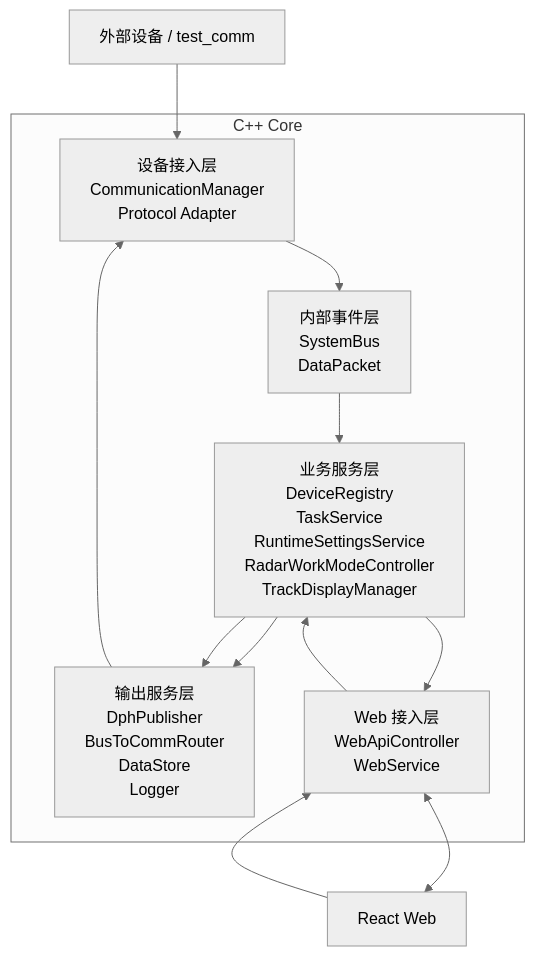
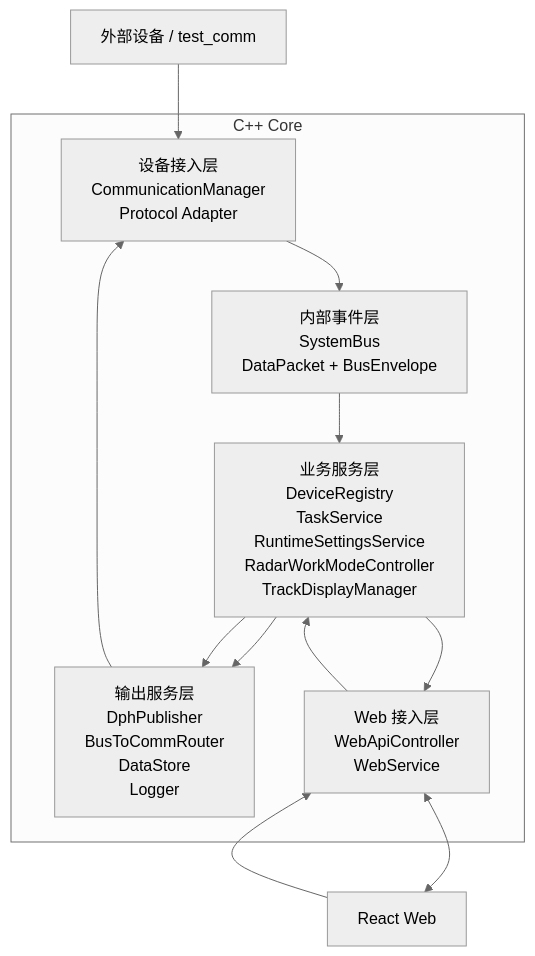
The diagram in doc/architecture/02-应用架构.md (YoungL524/newAnti_arch), drawn with Mermaid (neutral theme) before and after one commit. The commit also changed other lines of this file and 5 other files, not shown here.

````diff
--- a/doc/architecture/02-应用架构.md
+++ b/doc/architecture/02-应用架构.md
@@ -8,27 +8,27 @@
 ```mermaid
 flowchart TB
     Devices["外部设备 / test_comm"]
 
     subgraph Core["C++ Core"]
         Access["设备接入层\nCommunicationManager\nProtocol Adapter"]
-        Bus["内部事件层\nSystemBus\nDataPacket"]
+        Bus["内部事件层\nSystemBus\nDataPacket + BusEnvelope"]
         Domain["业务服务层\nDeviceRegistry\nTaskService\nRuntimeSettingsService\nRadarWorkModeController\nTrackDisplayManager"]
         Output["输出服务层\nDphPublisher\nBusToCommRouter\nDataStore\nLogger"]
         Api["Web 接入层\nWebApiController\nWebService"]
     end
 
     Web["React Web"]
 
     Devices --> Access
     Access --> Bus
     Bus --> Domain
     Domain --> Api
     Api <--> Web
 
     Web --> Api
     Api --> Domain
     Domain --> Output
     Output --> Access
 
     Domain --> Output
 ```
````
